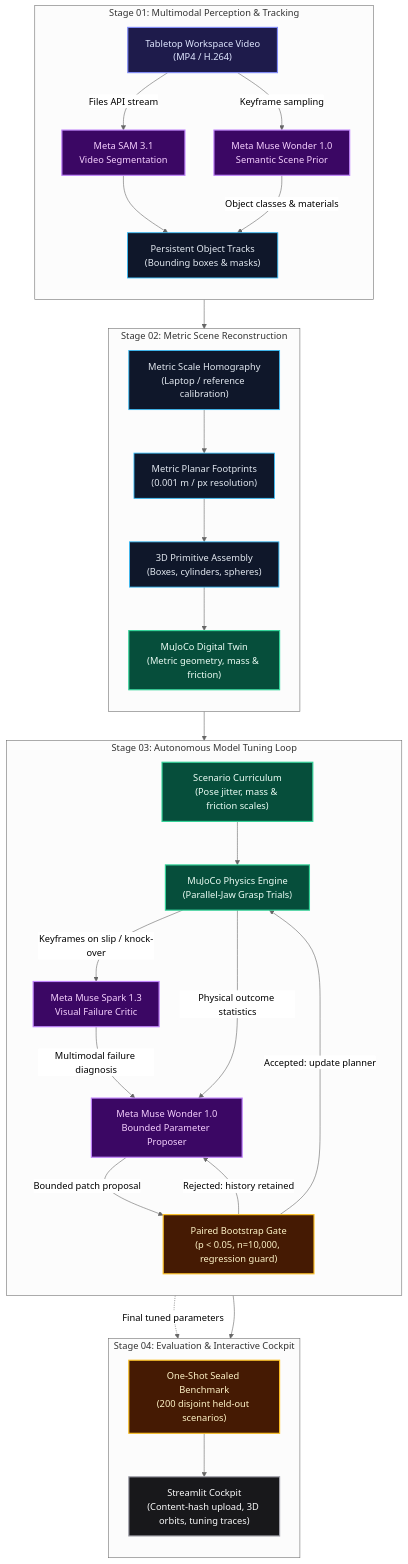
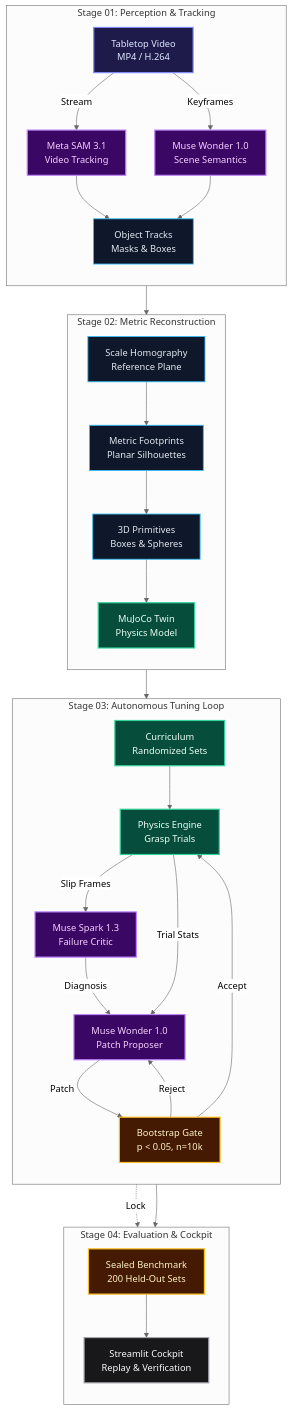
One commit to Skrisps26/splatsam changed the diagram in README.md. Above: the diagram before and after it, drawn with Mermaid (neutral theme). The commit also changed 9 other files, not shown here.

Commit message:
Fix upload matching, clean architecture diagram text cropping and remove synthetic labels

````diff
--- a/README.md
+++ b/README.md
@@ -18,71 +18,71 @@
 ```mermaid
 flowchart TD
-    subgraph P1 ["Stage 01: Multimodal Perception & Tracking"]
+    subgraph P1 ["Stage 01: Perception & Tracking"]
         direction TB
-        V["Tabletop Workspace Video<br/>(MP4 / H.264)"]
-        SAM["Meta SAM 3.1<br/>Video Segmentation"]
-        WONDER_SEM["Meta Muse Wonder 1.0<br/>Semantic Scene Prior"]
-        TRACKS["Persistent Object Tracks<br/>(Bounding boxes & masks)"]
+        V["Tabletop Video<br/>MP4 / H.264"]
+        SAM["Meta SAM 3.1<br/>Video Tracking"]
+        WONDER_SEM["Muse Wonder 1.0<br/>Scene Semantics"]
+        TRACKS["Object Tracks<br/>Masks & Boxes"]
         
-        V -->|Files API stream| SAM
-        V -->|Keyframe sampling| WONDER_SEM
+        V -->|Stream| SAM
+        V -->|Keyframes| WONDER_SEM
         SAM --> TRACKS
-        WONDER_SEM -->|Object classes & materials| TRACKS
+        WONDER_SEM --> TRACKS
     end
 
-    subgraph P2 ["Stage 02: Metric Scene Reconstruction"]
+    subgraph P2 ["Stage 02: Metric Reconstruction"]
         direction TB
-        HOMO["Metric Scale Homography<br/>(Laptop / reference calibration)"]
-        WARP["Metric Planar Footprints<br/>(0.001 m / px resolution)"]
-        PRIMS["3D Primitive Assembly<br/>(Boxes, cylinders, spheres)"]
-        SIM_SCENE["MuJoCo Digital Twin<br/>(Metric geometry, mass & friction)"]
+        HOMO["Scale Homography<br/>Reference Plane"]
+        WARP["Metric Footprints<br/>Planar Silhouettes"]
+        PRIMS["3D Primitives<br/>Boxes & Spheres"]
+        SIM_SCENE["MuJoCo Twin<br/>Physics Model"]
 
         TRACKS --> HOMO
         HOMO --> WARP
         WARP --> PRIMS
         PRIMS --> SIM_SCENE
     end
 
-    subgraph P3 ["Stage 03: Autonomous Model Tuning Loop"]
+    subgraph P3 ["Stage 03: Autonomous Tuning Loop"]
         direction TB
-        CURRICULUM["Scenario Curriculum<br/>(Pose jitter, mass & friction scales)"]
-        MUJOCO["MuJoCo Physics Engine<br/>(Parallel-Jaw Grasp Trials)"]
-        SPARK["Meta Muse Spark 1.3<br/>Visual Failure Critic"]
-        WONDER_OPT["Meta Muse Wonder 1.0<br/>Bounded Parameter Proposer"]
-        GATE["Paired Bootstrap Gate<br/>(p < 0.05, n=10,000, regression guard)"]
+        CURRICULUM["Curriculum<br/>Randomized Sets"]
+        MUJOCO["Physics Engine<br/>Grasp Trials"]
+        SPARK["Muse Spark 1.3<br/>Failure Critic"]
+        WONDER_OPT["Muse Wonder 1.0<br/>Patch Proposer"]
+        GATE["Bootstrap Gate<br/>p &lt; 0.05, n=10k"]
 
         SIM_SCENE --> CURRICULUM
         CURRICULUM --> MUJOCO
-        MUJOCO -->|Keyframes on slip / knock-over| SPARK
-        SPARK -->|Multimodal failure diagnosis| WONDER_OPT
-        MUJOCO -->|Physical outcome statistics| WONDER_OPT
-        WONDER_OPT -->|Bounded patch proposal| GATE
-        GATE -->|Accepted: update planner| MUJOCO
-        GATE -->|Rejected: history retained| WONDER_OPT
+        MUJOCO -->|Slip Frames| SPARK
+        SPARK -->|Diagnosis| WONDER_OPT
+        MUJOCO -->|Trial Stats| WONDER_OPT
+        WONDER_OPT -->|Patch| GATE
+        GATE -->|Accept| MUJOCO
+        GATE -->|Reject| WONDER_OPT
     end
 
-    subgraph P4 ["Stage 04: Evaluation & Interactive Cockpit"]
+    subgraph P4 ["Stage 04: Evaluation & Cockpit"]
         direction TB
-        SEAL["One-Shot Sealed Benchmark<br/>(200 disjoint held-out scenarios)"]
-        COCKPIT["Streamlit Cockpit<br/>(Content-hash upload, 3D orbits, tuning traces)"]
+        SEAL["Sealed Benchmark<br/>200 Held-Out Sets"]
+        COCKPIT["Streamlit Cockpit<br/>Replay & Verification"]
 
-        GATE -.->|Final tuned parameters| SEAL
+        GATE -.->|Lock| SEAL
         MUJOCO --> COCKPIT
         SEAL --> COCKPIT
     end
 
     classDef default fill:#161b22,stroke:#30363d,stroke-width:1.5px,color:#c9d1d9;
     classDef videoNode fill:#1e1b4b,stroke:#818cf8,stroke-width:2px,color:#e0e7ff;
     classDef metaModel fill:#3b0764,stroke:#c084fc,stroke-width:2px,color:#f5d0fe;
     classDef mathNode fill:#0f172a,stroke:#38bdf8,stroke-width:1.5px,color:#e2e8f0;
     classDef physicsNode fill:#064e3b,stroke:#34d399,stroke-width:2px,color:#ecfdf5;
     classDef gateNode fill:#451a03,stroke:#fbbf24,stroke-width:2px,color:#fef3c7;
     classDef cockpitNode fill:#18181b,stroke:#a1a1aa,stroke-width:2px,color:#fafafa;
 
     class V videoNode;
     class SAM,WONDER_SEM,SPARK,WONDER_OPT metaModel;
     class HOMO,WARP,PRIMS,TRACKS mathNode;
     class SIM_SCENE,MUJOCO,CURRICULUM physicsNode;
     class GATE,SEAL gateNode;
     class COCKPIT cockpitNode;
 ```
````
